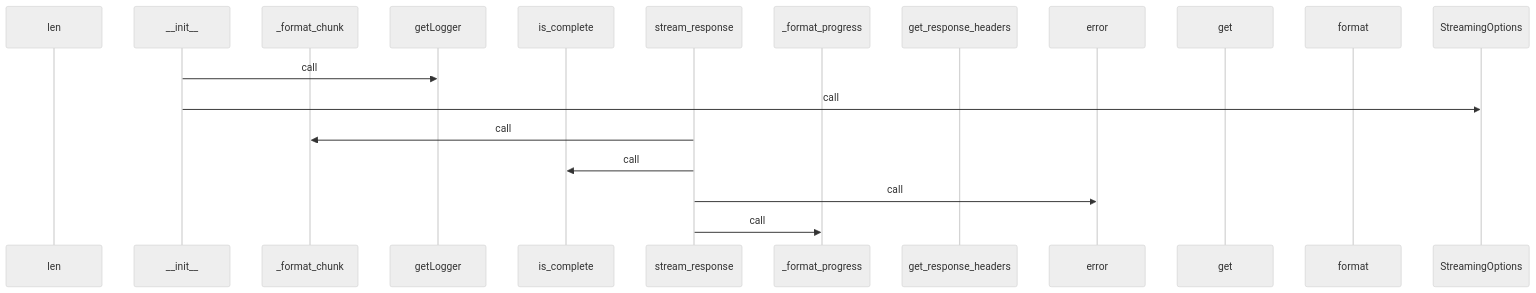
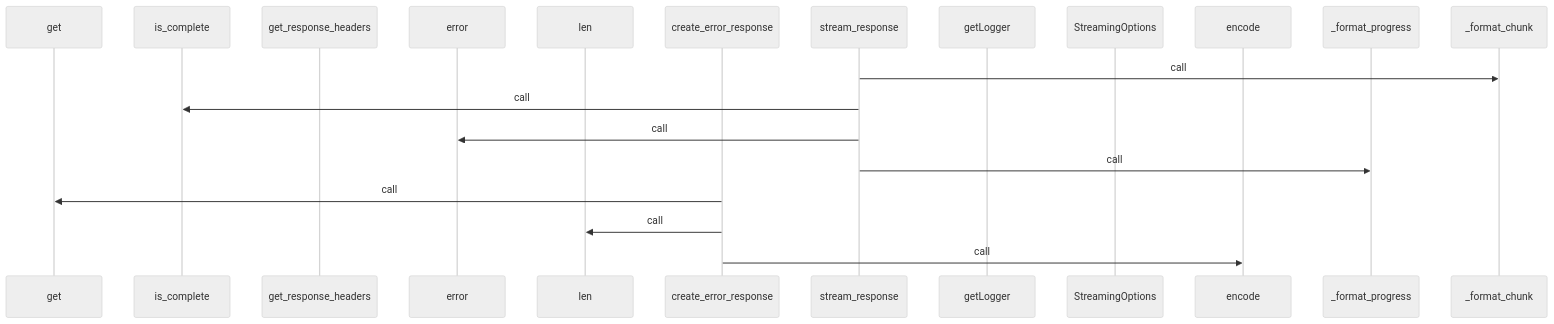
Before and after one commit to yeonjae-personal/codemuse-backend: the third of 4 diagrams in generated_docs/rule_analyzer/streaming/protocols/http_streaming.md, drawn with Mermaid (neutral theme). The commit also changed other lines of this file and 3991 other files, not shown here.

First line of the commit message:
feat: 워크플로우 개선 및 핵심 문서 자동 생성 구현

````diff
--- a/generated_docs/rule_analyzer/streaming/protocols/http_streaming.md
+++ b/generated_docs/rule_analyzer/streaming/protocols/http_streaming.md
@@ -156,21 +156,22 @@
 ```mermaid
 sequenceDiagram
-  participant len as len
-  participant __init__ as __init__
-  participant _format_chunk as _format_chunk
-  participant getLogger as getLogger
+  participant get as get
   participant is_complete as is_complete
-  participant stream_response as stream_response
-  participant _format_progress as _format_progress
   participant get_response_headers as get_response_headers
   participant error as error
-  participant get as get
-  participant format as format
+  participant len as len
+  participant create_error_response as create_error_response
+  participant stream_response as stream_response
+  participant getLogger as getLogger
   participant StreamingOptions as StreamingOptions
-  __init__->>getLogger: call
-  __init__->>StreamingOptions: call
+  participant encode as encode
+  participant _format_progress as _format_progress
+  participant _format_chunk as _format_chunk
   stream_response->>_format_chunk: call
   stream_response->>is_complete: call
   stream_response->>error: call
   stream_response->>_format_progress: call
+  create_error_response->>get: call
+  create_error_response->>len: call
+  create_error_response->>encode: call
 ```
````
